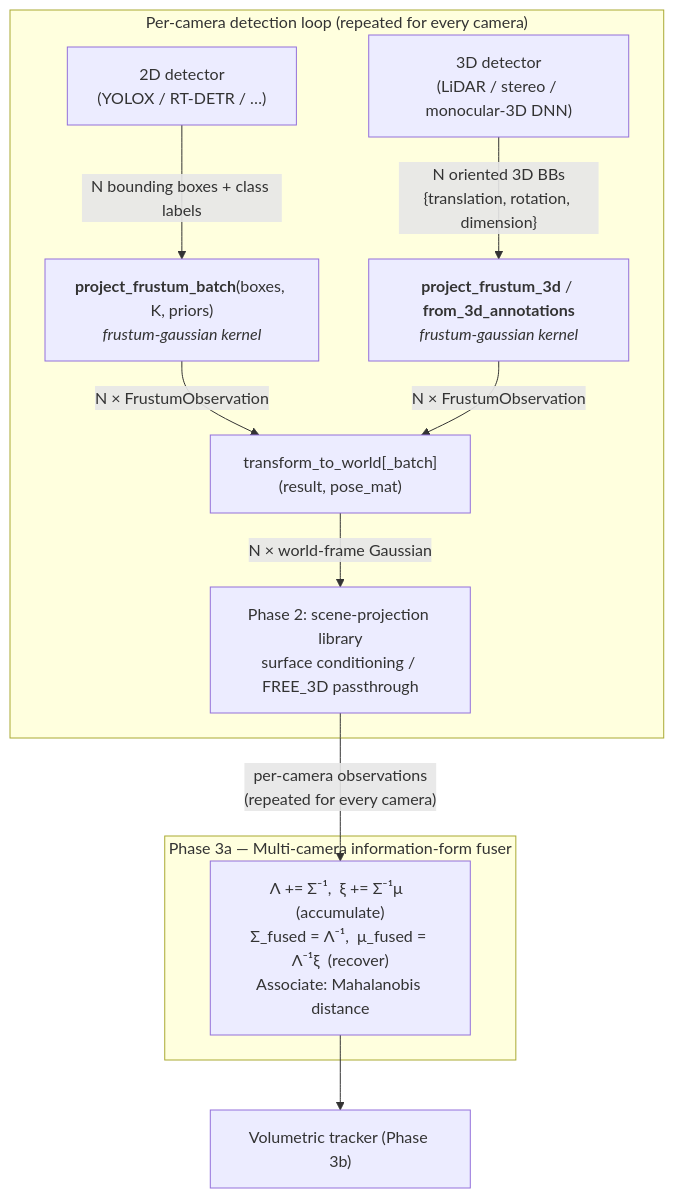
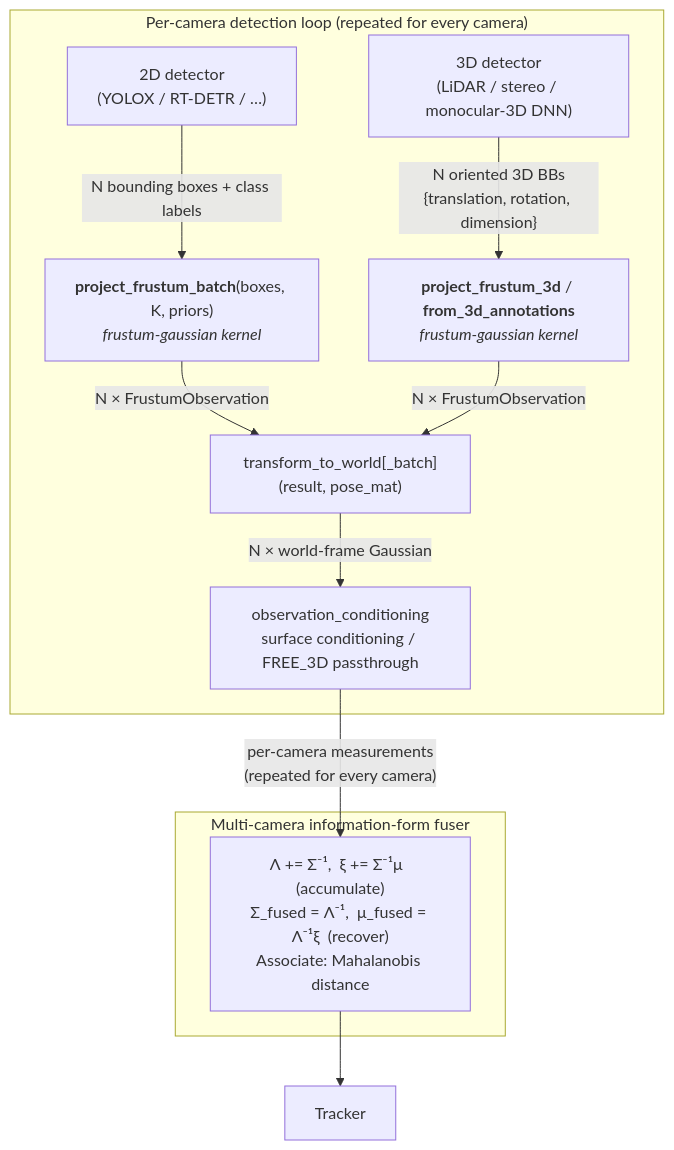
One commit to open-edge-platform/scenescape changed the diagram in spatial_performance_primitives/frustum_gaussian/ALGORITHM.md. Above: the diagram before and after it, drawn with Mermaid. The commit also changed other lines of this file and 3 other files, not shown here.

Commit message:
Make spatial_performance_primitives docs self-contained without V2 architecture.

````diff
--- a/spatial_performance_primitives/frustum_gaussian/ALGORITHM.md
+++ b/spatial_performance_primitives/frustum_gaussian/ALGORITHM.md
@@ -342,24 +341,24 @@
 ```mermaid
 flowchart TD
     subgraph cam ["Per-camera detection loop (repeated for every camera)"]
         A["2D detector\n(YOLOX / RT-DETR / …)"]
         A3["3D detector\n(LiDAR / stereo / monocular-3D DNN)"]
         B["<b>project_frustum_batch</b>(boxes, K, priors)<br/><i>frustum-gaussian kernel</i>"]
         B3["<b>project_frustum_3d</b> / <b>from_3d_annotations</b><br/><i>frustum-gaussian kernel</i>"]
         C["transform_to_world[_batch](result, pose_mat)"]
-        D["Phase 2: scene-projection library<br/>surface conditioning / FREE_3D passthrough"]
+        D["observation_conditioning<br/>surface conditioning / FREE_3D passthrough"]
         A  -- "N bounding boxes + class labels" --> B
         A3 -- "N oriented 3D BBs\n{translation, rotation, dimension}" --> B3
         B  -- "N × FrustumObservation" --> C
         B3 -- "N × FrustumObservation" --> C
         C  -- "N × world-frame Gaussian" --> D
     end
 
-    D -- "per-camera observations\n(repeated for every camera)" --> E
+    D -- "per-camera measurements\n(repeated for every camera)" --> E
 
-    subgraph fuser ["Phase 3a — Multi-camera information-form fuser"]
+    subgraph fuser ["Multi-camera information-form fuser"]
         E["Λ += Σ⁻¹,  ξ += Σ⁻¹μ  (accumulate)\nΣ_fused = Λ⁻¹,  μ_fused = Λ⁻¹ξ  (recover)\nAssociate: Mahalanobis distance"]
     end
 
-    E --> F["Volumetric tracker (Phase 3b)"]
+    E --> F["Tracker"]
 ```
````
